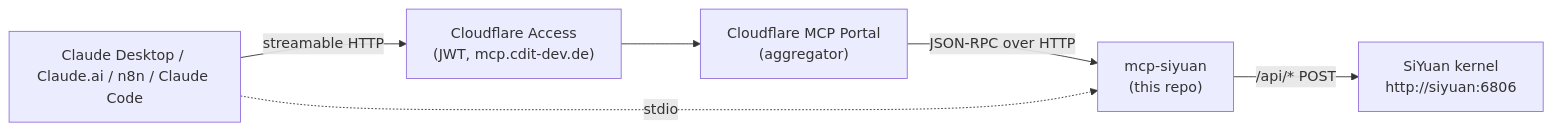
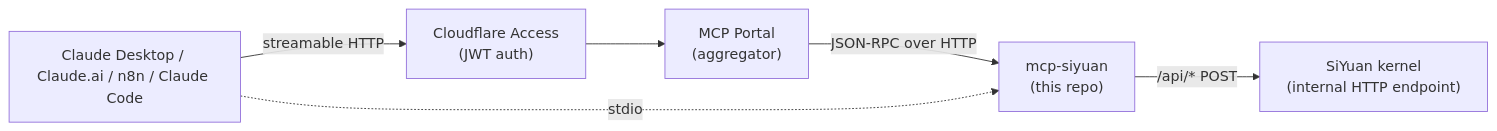
Before and after one commit to CaseyRo/mcp-siyuan: the diagram in README.md, drawn with Mermaid. The commit also changed other lines of this file, not shown here.

````diff
--- a/README.md
+++ b/README.md
@@ -7,15 +7,15 @@
 ```mermaid
 flowchart LR
   Client["Claude Desktop / Claude.ai / n8n / Claude Code"]
-  CFA["Cloudflare Access<br/>(JWT, mcp.cdit-dev.de)"]
-  Portal["Cloudflare MCP Portal<br/>(aggregator)"]
+  CFA["Cloudflare Access<br/>(JWT auth)"]
+  Portal["MCP Portal<br/>(aggregator)"]
   Server["mcp-siyuan<br/>(this repo)"]
-  Kernel["SiYuan kernel<br/>http://siyuan:6806"]
+  Kernel["SiYuan kernel<br/>(internal HTTP endpoint)"]
 
   Client -->|streamable HTTP| CFA
   CFA --> Portal
   Portal -->|JSON-RPC over HTTP| Server
   Server -->|/api/* POST| Kernel
 
   Client -. stdio .-> Server
 ```
````
